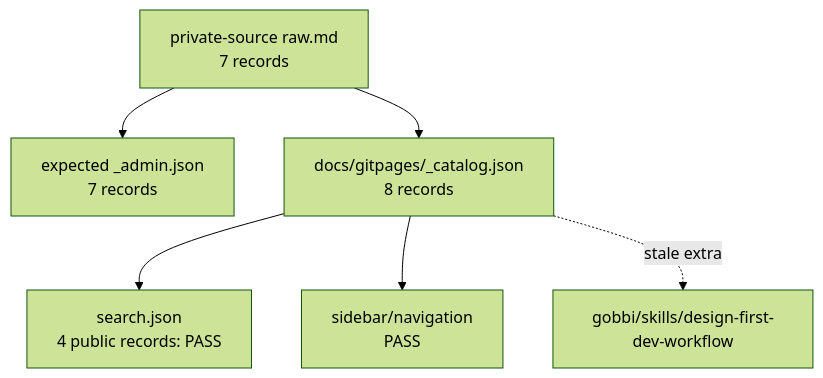
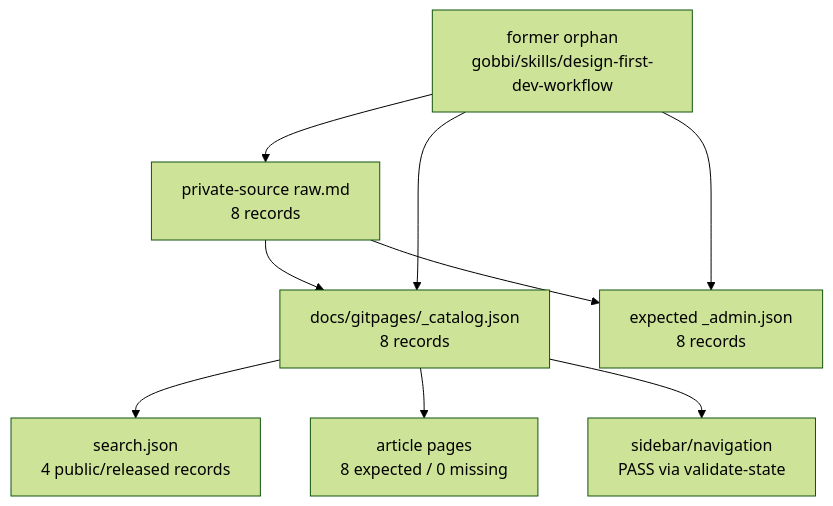
Before and after one commit to felipeggv/wikia: the diagram in lane-final-checks/catalog-state.md, drawn with Mermaid (forest theme). The commit also changed other lines of this file, not shown here.

Commit message:
MAESTRO: record catalog-state verification pass

````diff
--- a/lane-final-checks/catalog-state.md
+++ b/lane-final-checks/catalog-state.md
@@ -38,8 +42,11 @@
 ```mermaid
 flowchart TD
-  Raw["private-source raw.md\n7 records"] --> ExpectedAdmin["expected _admin.json\n7 records"]
-  Raw --> Catalog["docs/gitpages/_catalog.json\n8 records"]
-  Catalog --> Search["search.json\n4 public records: PASS"]
-  Catalog --> Nav["sidebar/navigation\nPASS"]
-  Catalog -. stale extra .-> Extra["gobbi/skills/design-first-dev-workflow"]
+  Raw["private-source raw.md\n8 records"] --> Catalog["docs/gitpages/_catalog.json\n8 records"]
+  Raw --> Admin["expected _admin.json\n8 records"]
+  Catalog --> Search["search.json\n4 public/released records"]
+  Catalog --> Pages["article pages\n8 expected / 0 missing"]
+  Catalog --> Nav["sidebar/navigation\nPASS via validate-state"]
+  Old["former orphan\ngobbi/skills/design-first-dev-workflow"] --> Raw
+  Old --> Catalog
+  Old --> Admin
 ```
````
